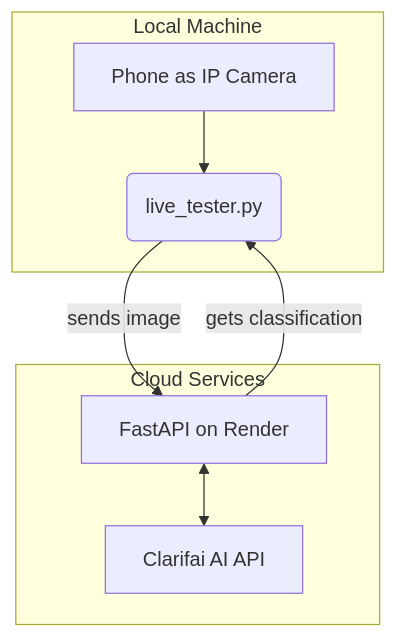
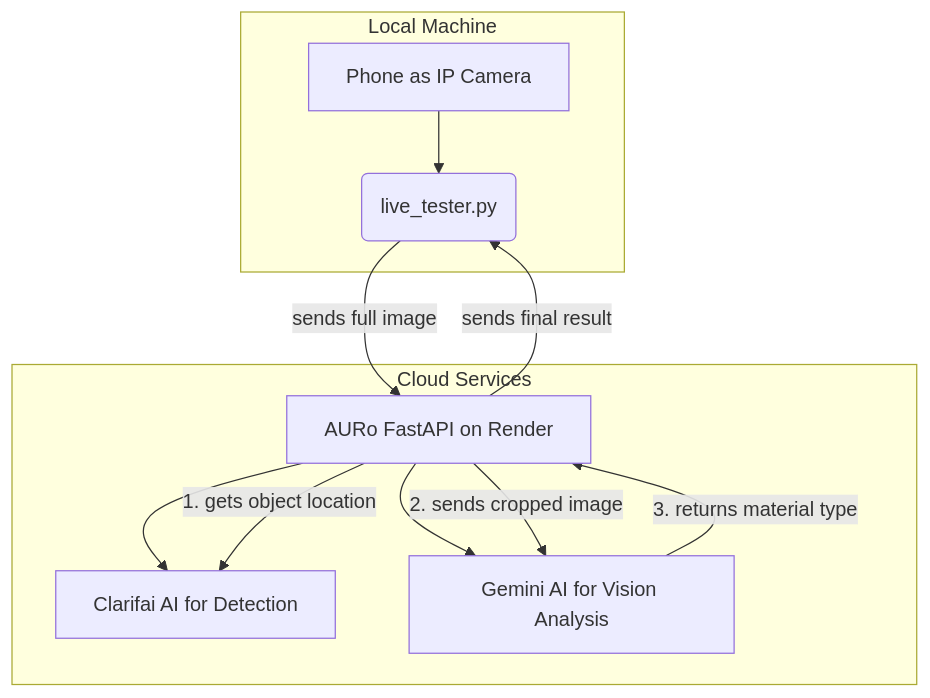
Before and after one commit to GarvitSinghal1/auro: the diagram in README.md, drawn with Mermaid. The commit also changed other lines of this file and 2 other files, not shown here.

Commit message:
feat: implement final hybrid architecture and update all docs

````diff
--- a/README.md
+++ b/README.md
@@ -26,13 +26,17 @@
 ```mermaid
 graph TD;
     subgraph "Local Machine"
         A[Phone as IP Camera] --> B(live_tester.py);
     end
 
     subgraph "Cloud Services"
-        C[FastAPI on Render] <--> D[Clarifai AI API];
+        C[AURo FastAPI on Render] --> D[Clarifai AI for Detection];
+        C --> E[Gemini AI for Vision Analysis];
     end
 
-    B --sends image--> C;
-    C --gets classification--> B;
+    B --sends full image--> C;
+    C --1. gets object location--> D;
+    C --2. sends cropped image--> E;
+    E --3. returns material type--> C;
+    C --sends final result--> B;
 ```
````
